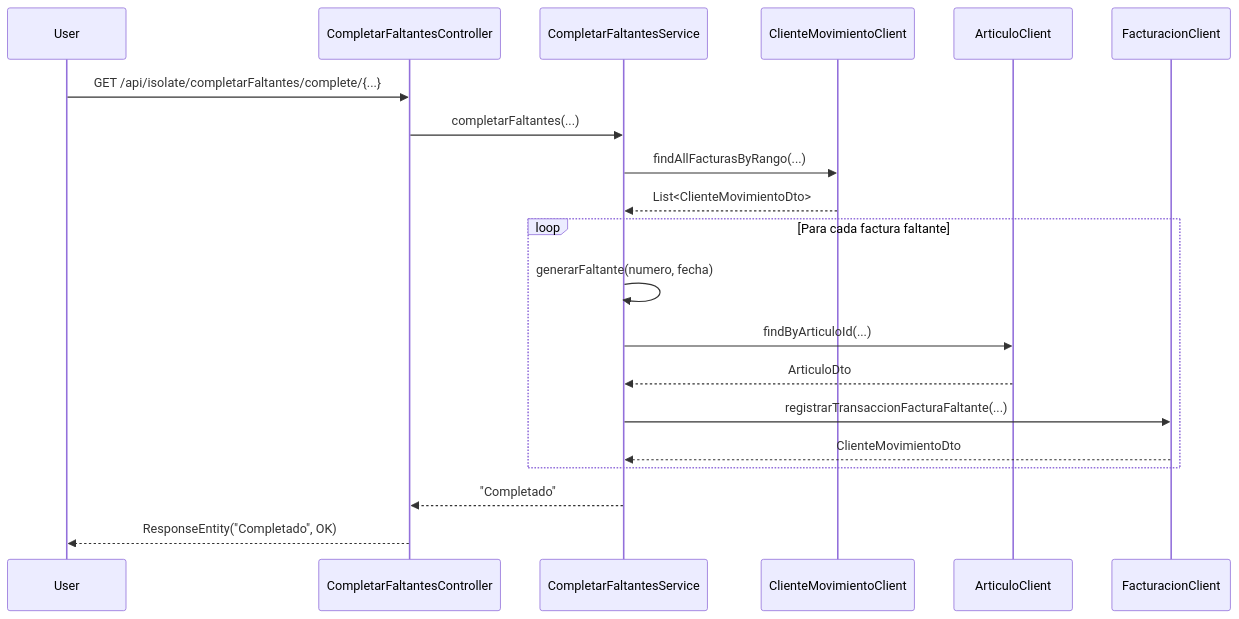
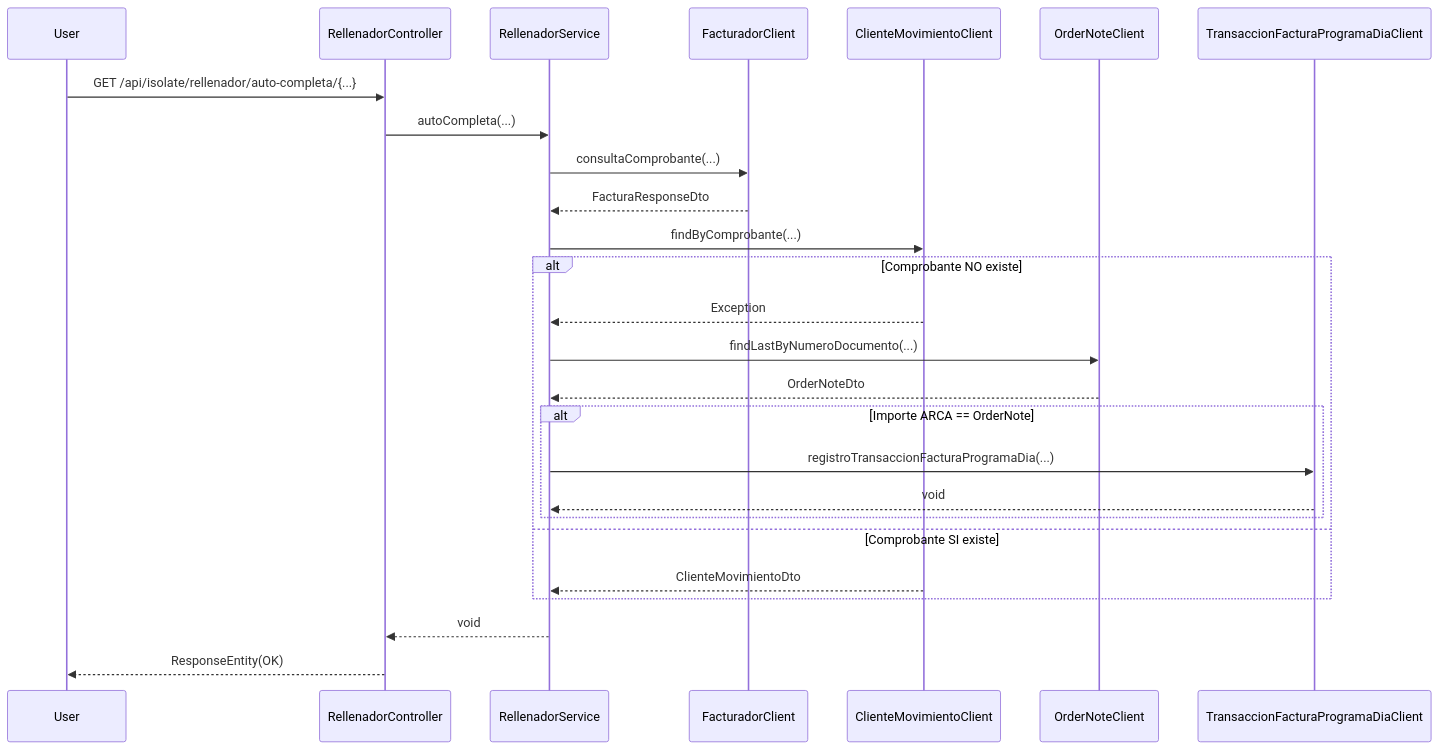
Before and after one commit to ETEREA-services/ETEREA.isolate-service: the diagram in docs/diagrams/sequence-flow.mmd, drawn with Mermaid. The commit also changed 7 other files, not shown here.

```diff
--- a/docs/diagrams/sequence-flow.mmd
+++ b/docs/diagrams/sequence-flow.mmd
@@ -1,21 +1,27 @@
 sequenceDiagram
     participant User
-    participant CompletarFaltantesController
-    participant CompletarFaltantesService
+    participant RellenadorController
+    participant RellenadorService
+    participant FacturadorClient
     participant ClienteMovimientoClient
-    participant ArticuloClient
-    participant FacturacionClient
+    participant OrderNoteClient
+    participant TransaccionFacturaProgramaDiaClient
 
-    User->>CompletarFaltantesController: GET /api/isolate/completarFaltantes/complete/{...}
-    CompletarFaltantesController->>CompletarFaltantesService: completarFaltantes(...)
-    CompletarFaltantesService->>ClienteMovimientoClient: findAllFacturasByRango(...)
-    ClienteMovimientoClient-->>CompletarFaltantesService: List<ClienteMovimientoDto>
-    loop Para cada factura faltante
-        CompletarFaltantesService->>CompletarFaltantesService: generarFaltante(numero, fecha)
-        CompletarFaltantesService->>ArticuloClient: findByArticuloId(...)
-        ArticuloClient-->>CompletarFaltantesService: ArticuloDto
-        CompletarFaltantesService->>FacturacionClient: registrarTransaccionFacturaFaltante(...)
-        FacturacionClient-->>CompletarFaltantesService: ClienteMovimientoDto
+    User->>RellenadorController: GET /api/isolate/rellenador/auto-completa/{...}
+    RellenadorController->>RellenadorService: autoCompleta(...)
+    RellenadorService->>FacturadorClient: consultaComprobante(...)
+    FacturadorClient-->>RellenadorService: FacturaResponseDto
+    RellenadorService->>ClienteMovimientoClient: findByComprobante(...)
+    alt Comprobante NO existe
+        ClienteMovimientoClient-->>RellenadorService: Exception
+        RellenadorService->>OrderNoteClient: findLastByNumeroDocumento(...)
+        OrderNoteClient-->>RellenadorService: OrderNoteDto
+        alt Importe ARCA == OrderNote
+            RellenadorService->>TransaccionFacturaProgramaDiaClient: registroTransaccionFacturaProgramaDia(...)
+            TransaccionFacturaProgramaDiaClient-->>RellenadorService: void
+        end
+    else Comprobante SI existe
+        ClienteMovimientoClient-->>RellenadorService: ClienteMovimientoDto
     end
-    CompletarFaltantesService-->>CompletarFaltantesController: "Completado"
-    CompletarFaltantesController-->>User: ResponseEntity("Completado", OK)
+    RellenadorService-->>RellenadorController: void
+    RellenadorController-->>User: ResponseEntity(OK)
```
